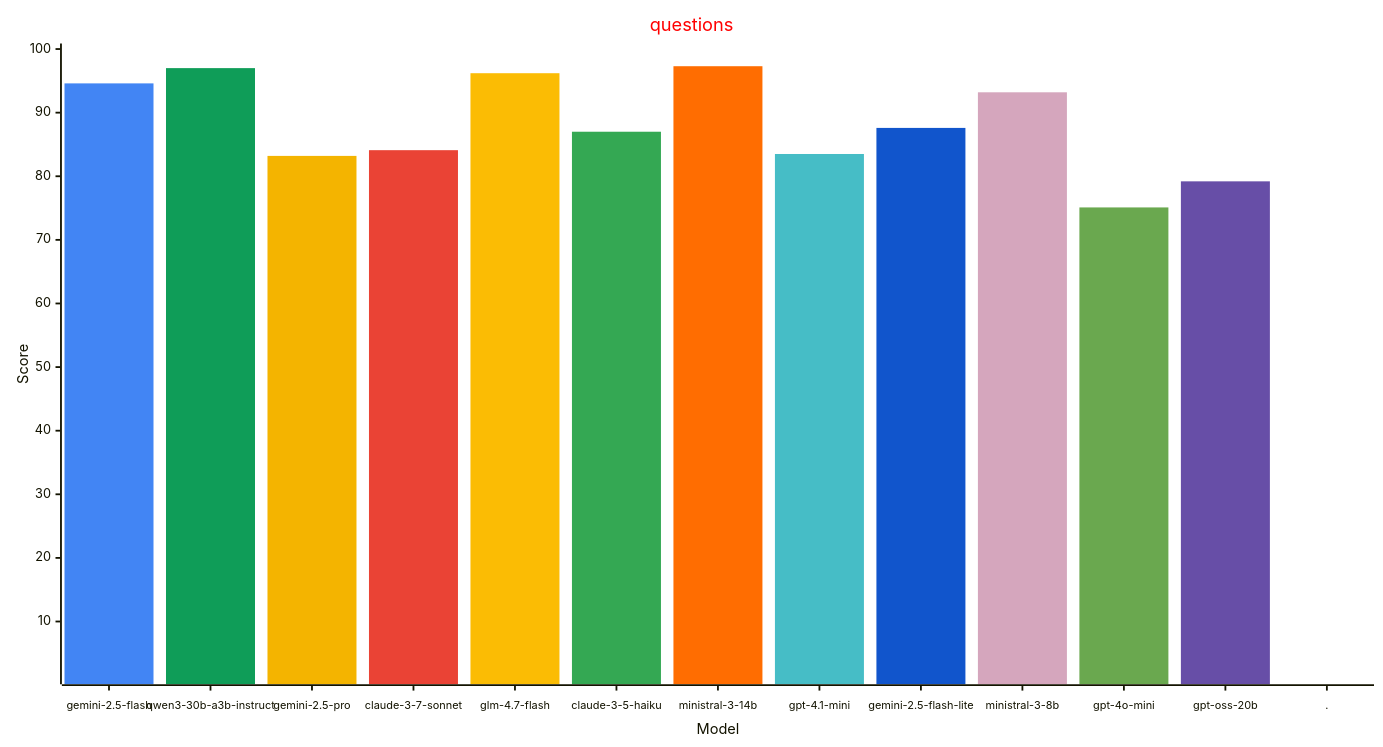
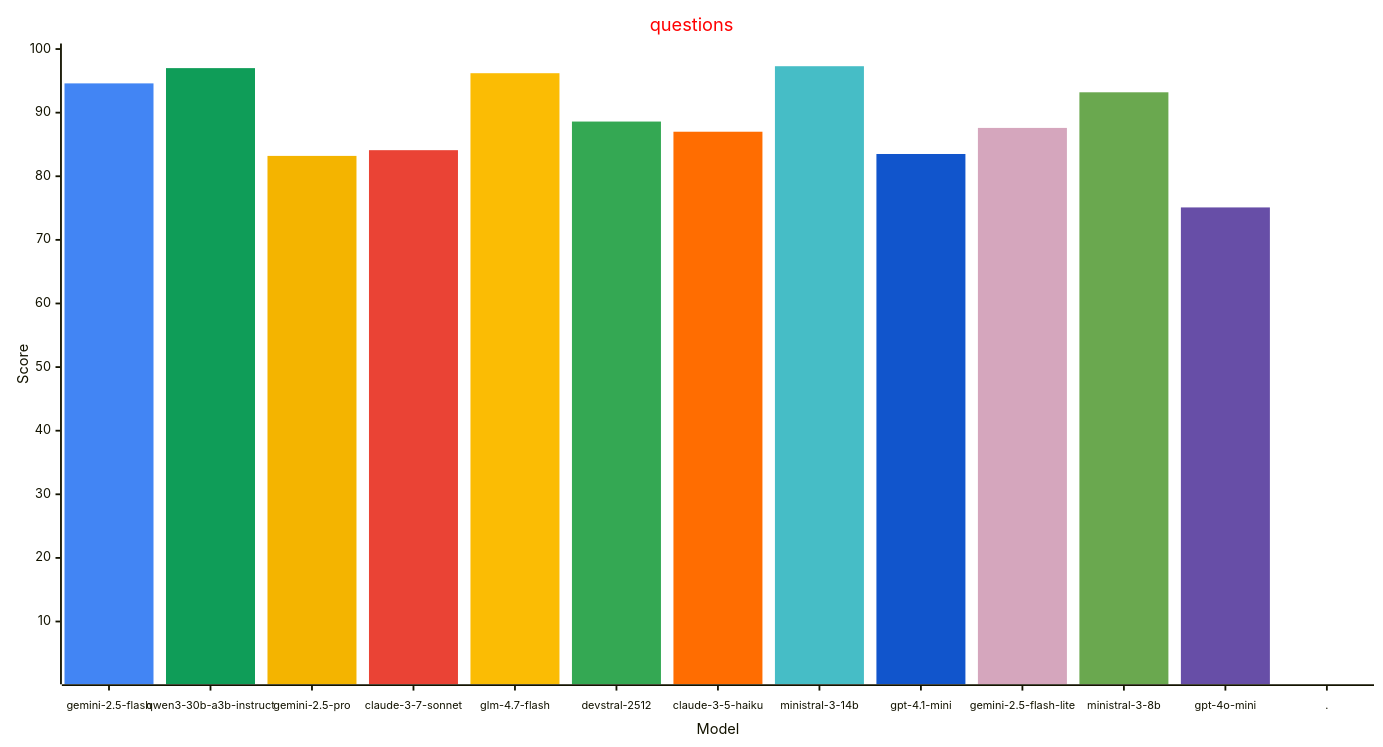
The third of 4 diagrams in reports/README.md (allenporter/home-assistant-datasets), drawn with Mermaid before and after one commit. The commit also changed other lines of this file and 1087 other files, not shown here.

````diff
--- a/reports/README.md
+++ b/reports/README.md
@@ -162,33 +163,33 @@
 ```mermaid
 ---
 config:
     xyChart:
         width: 1500
         height: 800
         xAxis:
           labelFontSize: 12
           labelPadding: 8
     themeVariables:
         xyChart:
             titleColor: "#ff0000"
             plotColorPalette: "#4285f4, #0f9d58, #f4b400, #ea4335, #fbbc04, #34a853, #ff6d01, #46bdc6, #1155cc, #d5a6bd, #6aa84f, #674ea7, #4285f4"
 
 ---
 xychart-beta
   title "questions"
-  x-axis "Model" [gemini-2.5-flash, qwen3-30b-a3b-instruct, gemini-2.5-pro, claude-3-7-sonnet, glm-4.7-flash, claude-3-5-haiku, ministral-3-14b, gpt-4.1-mini, gemini-2.5-flash-lite, ministral-3-8b, gpt-4o-mini, gpt-oss-20b, .]
+  x-axis "Model" [gemini-2.5-flash, qwen3-30b-a3b-instruct, gemini-2.5-pro, claude-3-7-sonnet, glm-4.7-flash, devstral-2512, claude-3-5-haiku, ministral-3-14b, gpt-4.1-mini, gemini-2.5-flash-lite, ministral-3-8b, gpt-4o-mini, .]
   y-axis "Score" 1 --> 100
   bar [94.6, 0.0, 0.0, 0.0, 0.0, 0.0, 0.0, 0.0, 0.0, 0.0, 0.0, 0.0, 0.0]
   bar [0.0, 97.0, 0.0, 0.0, 0.0, 0.0, 0.0, 0.0, 0.0, 0.0, 0.0, 0.0, 0.0]
   bar [0.0, 0.0, 83.2, 0.0, 0.0, 0.0, 0.0, 0.0, 0.0, 0.0, 0.0, 0.0, 0.0]
   bar [0.0, 0.0, 0.0, 84.1, 0.0, 0.0, 0.0, 0.0, 0.0, 0.0, 0.0, 0.0, 0.0]
   bar [0.0, 0.0, 0.0, 0.0, 96.2, 0.0, 0.0, 0.0, 0.0, 0.0, 0.0, 0.0, 0.0]
-  bar [0.0, 0.0, 0.0, 0.0, 0.0, 87.0, 0.0, 0.0, 0.0, 0.0, 0.0, 0.0, 0.0]
-  bar [0.0, 0.0, 0.0, 0.0, 0.0, 0.0, 97.3, 0.0, 0.0, 0.0, 0.0, 0.0, 0.0]
-  bar [0.0, 0.0, 0.0, 0.0, 0.0, 0.0, 0.0, 83.5, 0.0, 0.0, 0.0, 0.0, 0.0]
-  bar [0.0, 0.0, 0.0, 0.0, 0.0, 0.0, 0.0, 0.0, 87.6, 0.0, 0.0, 0.0, 0.0]
-  bar [0.0, 0.0, 0.0, 0.0, 0.0, 0.0, 0.0, 0.0, 0.0, 93.2, 0.0, 0.0, 0.0]
-  bar [0.0, 0.0, 0.0, 0.0, 0.0, 0.0, 0.0, 0.0, 0.0, 0.0, 75.1, 0.0, 0.0]
-  bar [0.0, 0.0, 0.0, 0.0, 0.0, 0.0, 0.0, 0.0, 0.0, 0.0, 0.0, 79.2, 0.0]
+  bar [0.0, 0.0, 0.0, 0.0, 0.0, 88.6, 0.0, 0.0, 0.0, 0.0, 0.0, 0.0, 0.0]
+  bar [0.0, 0.0, 0.0, 0.0, 0.0, 0.0, 87.0, 0.0, 0.0, 0.0, 0.0, 0.0, 0.0]
+  bar [0.0, 0.0, 0.0, 0.0, 0.0, 0.0, 0.0, 97.3, 0.0, 0.0, 0.0, 0.0, 0.0]
+  bar [0.0, 0.0, 0.0, 0.0, 0.0, 0.0, 0.0, 0.0, 83.5, 0.0, 0.0, 0.0, 0.0]
+  bar [0.0, 0.0, 0.0, 0.0, 0.0, 0.0, 0.0, 0.0, 0.0, 87.6, 0.0, 0.0, 0.0]
+  bar [0.0, 0.0, 0.0, 0.0, 0.0, 0.0, 0.0, 0.0, 0.0, 0.0, 93.2, 0.0, 0.0]
+  bar [0.0, 0.0, 0.0, 0.0, 0.0, 0.0, 0.0, 0.0, 0.0, 0.0, 0.0, 75.1, 0.0]
   bar [0.0, 0.0, 0.0, 0.0, 0.0, 0.0, 0.0, 0.0, 0.0, 0.0, 0.0, 0.0, -1.0]
 ```
````
